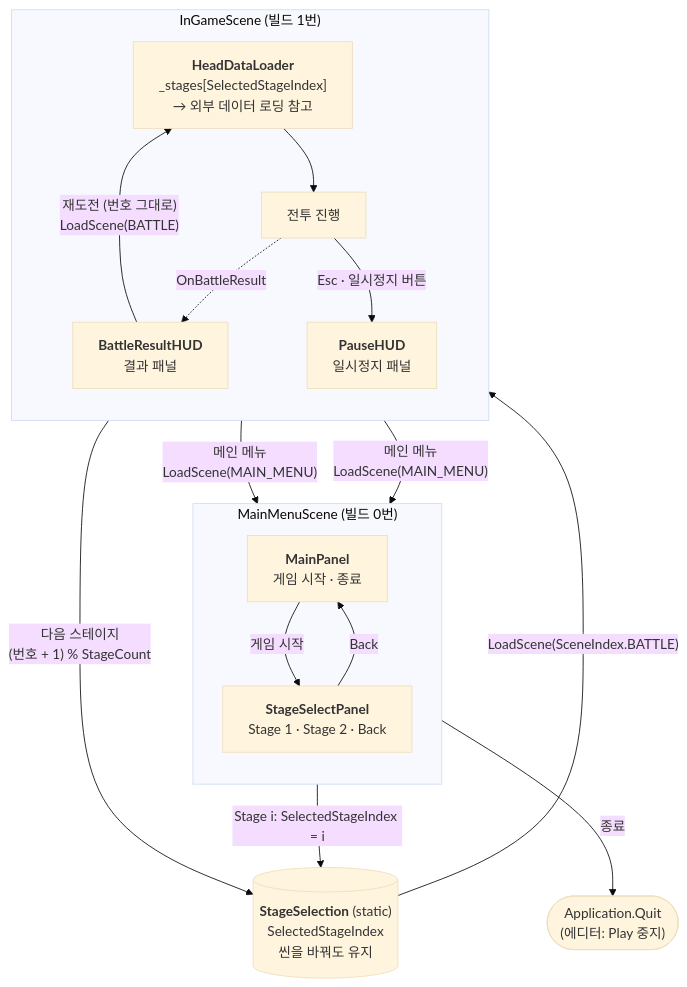
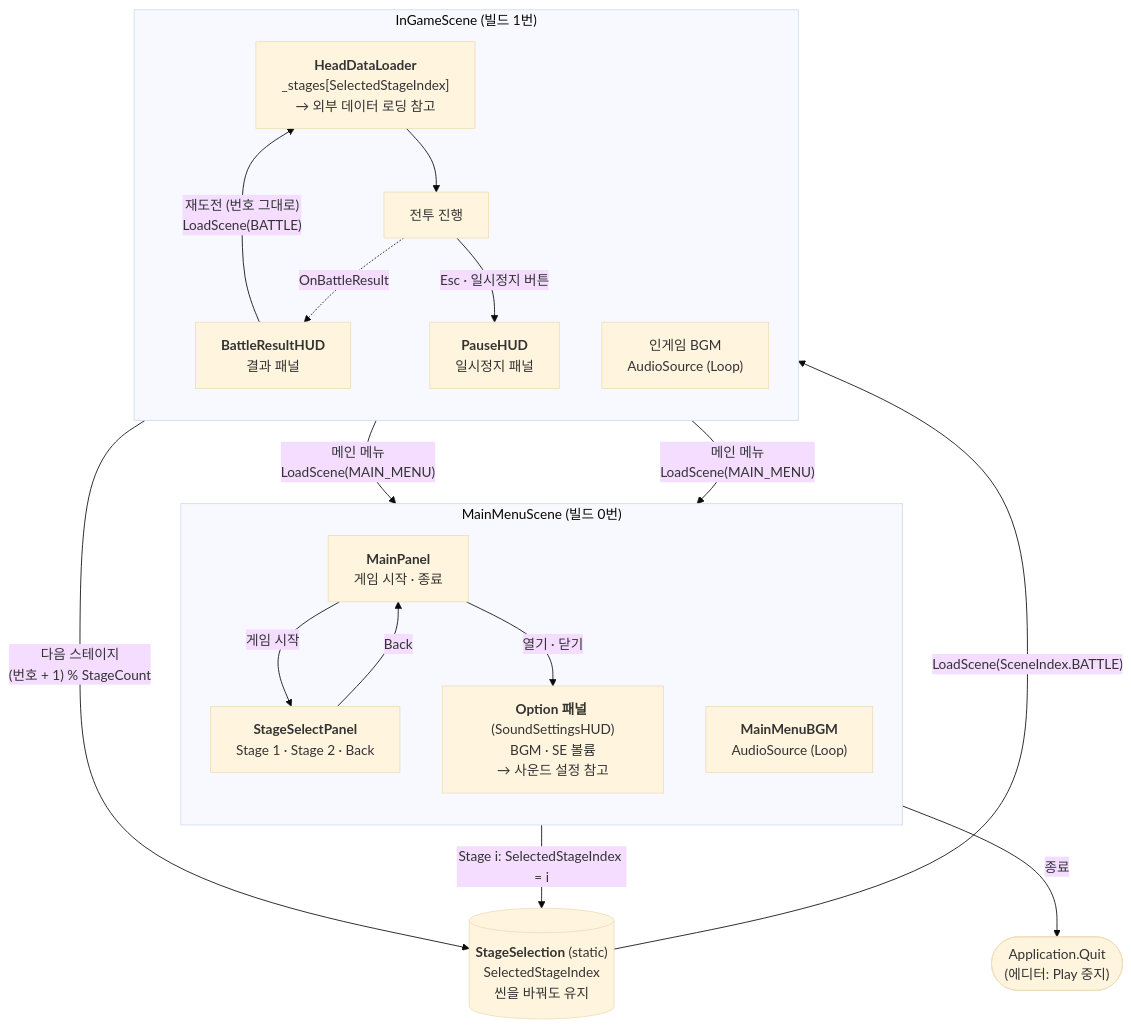
One commit to jayy5288sk/PersonalProject changed the first of 36 diagrams in Docs/ImplementDocs/Diagram.md. Above: the diagram before and after it, drawn with Mermaid (base theme). The commit also changed other lines of this file and 3 other files, not shown here.

Commit message:
[Docs] 남은 기술문서 작성 및 다이어그램 갱신

````diff
--- a/Docs/ImplementDocs/Diagram.md
+++ b/Docs/ImplementDocs/Diagram.md
@@ -8,31 +8,35 @@
 ```mermaid
 flowchart TB
     subgraph Menu["MainMenuScene (빌드 0번)"]
         direction TB
         Main["<b>MainPanel</b><br/>게임 시작 · 종료"]
         Select["<b>StageSelectPanel</b><br/>Stage 1 · Stage 2 · Back"]
+        Option["<b>Option 패널</b> (SoundSettingsHUD)<br/>BGM · SE 볼륨<br/>→ 사운드 설정 참고"]
+        MBgm["<b>MainMenuBGM</b><br/>AudioSource (Loop)"]
         Main -->|게임 시작| Select
         Select -->|Back| Main
+        Main -->|열기 · 닫기| Option
     end
 
     Sel[("<b>StageSelection</b> (static)<br/>SelectedStageIndex<br/>씬을 바꿔도 유지")]
 
     subgraph Battle["InGameScene (빌드 1번)"]
         direction TB
         Head["<b>HeadDataLoader</b><br/>_stages[SelectedStageIndex]<br/>→ 외부 데이터 로딩 참고"]
         Fight["전투 진행"]
         Result["<b>BattleResultHUD</b><br/>결과 패널"]
         Pause["<b>PauseHUD</b><br/>일시정지 패널"]
+        IBgm["인게임 BGM<br/>AudioSource (Loop)"]
         Head --> Fight
         Fight -.->|OnBattleResult| Result
         Fight -->|Esc · 일시정지 버튼| Pause
     end
 
     Select -->|"Stage i: SelectedStageIndex = i"| Sel
     Sel -->|"LoadScene(SceneIndex.BATTLE)"| Head
     Result -->|"다음 스테이지<br/>(번호 + 1) % StageCount"| Sel
     Result -->|"재도전 (번호 그대로)<br/>LoadScene(BATTLE)"| Head
     Result -->|"메인 메뉴<br/>LoadScene(MAIN_MENU)"| Main
     Pause -->|"메인 메뉴<br/>LoadScene(MAIN_MENU)"| Main
     Main -->|종료| Quit(["Application.Quit<br/>(에디터: Play 중지)"])
 ```
````
